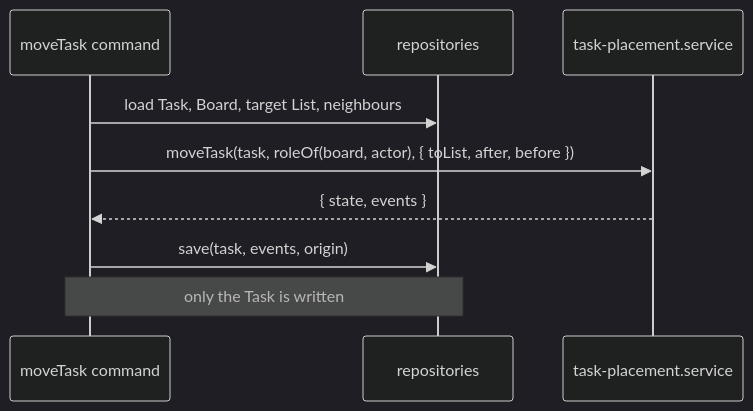
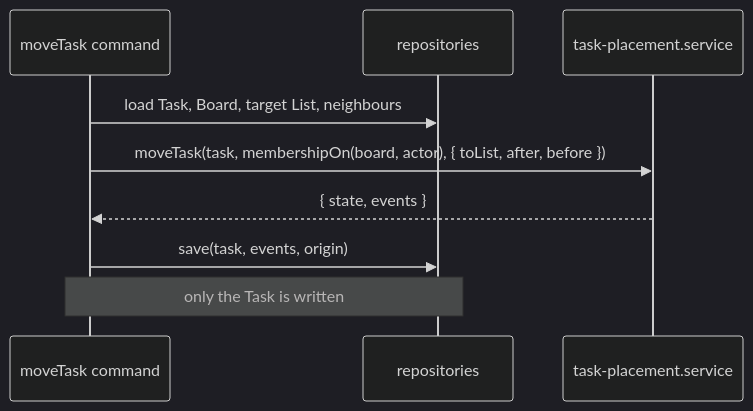
The second of 2 diagrams in site/domain/index.md (B-Jones-RFD/next-ddd-starter), drawn with Mermaid (dark theme) before and after one commit. The commit also changed other lines of this file and 35 other files, not shown here.

````diff
--- a/site/domain/index.md
+++ b/site/domain/index.md
@@ -166,11 +168,11 @@
 ```mermaid
 sequenceDiagram
   participant C as moveTask command
   participant R as repositories
   participant S as task-placement.service
   C->>R: load Task, Board, target List, neighbours
-  C->>S: moveTask(task, roleOf(board, actor), { toList, after, before })
+  C->>S: moveTask(task, membershipOn(board, actor), { toList, after, before })
   S-->>C: { state, events }
   C->>R: save(task, events, origin)
   Note over C,R: only the Task is written
 ```
````
